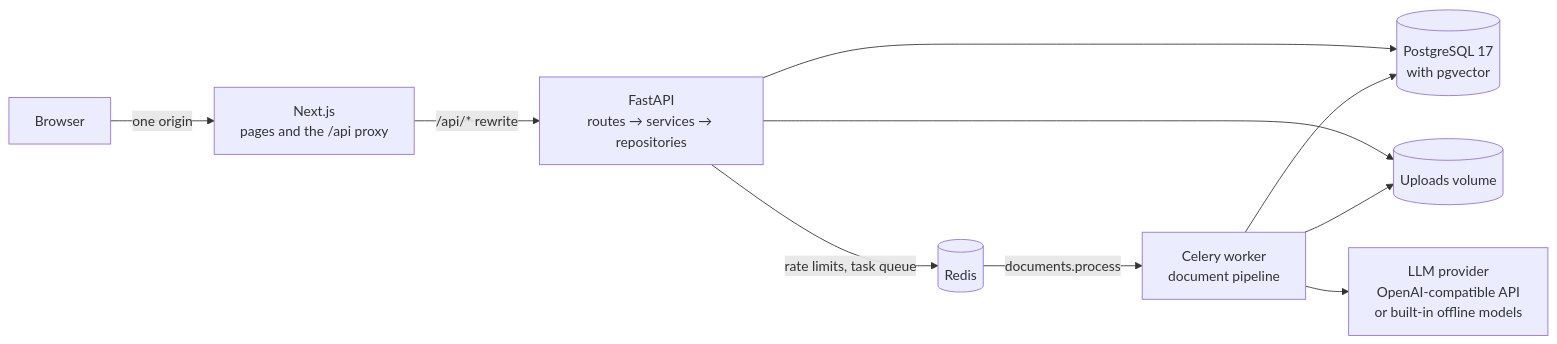
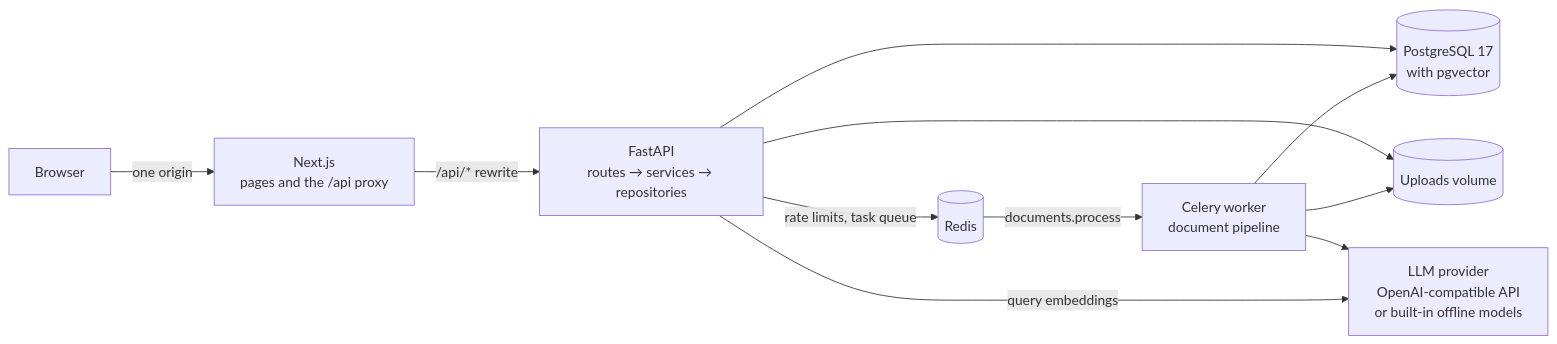
The first of 4 diagrams in README.md (APELSINKos/ai-study-platform), drawn with Mermaid before and after one commit. The commit also changed other lines of this file, not shown here.

````diff
--- a/README.md
+++ b/README.md
@@ -43,12 +45,13 @@
 ```mermaid
 flowchart LR
     browser["Browser"] -->|"one origin"| next["Next.js<br/>pages and the /api proxy"]
     next -->|"/api/* rewrite"| api["FastAPI<br/>routes → services → repositories"]
     api --> pg[("PostgreSQL 17<br/>with pgvector")]
     api -->|"rate limits, task queue"| redis[("Redis")]
     api --> files[("Uploads volume")]
     redis -->|"documents.process"| worker["Celery worker<br/>document pipeline"]
     worker --> pg
     worker --> files
     worker --> llm["LLM provider<br/>OpenAI-compatible API<br/>or built-in offline models"]
+    api -->|"query embeddings"| llm
 ```
````
